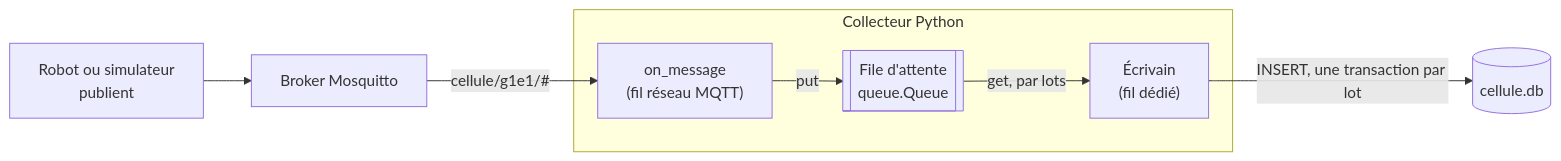
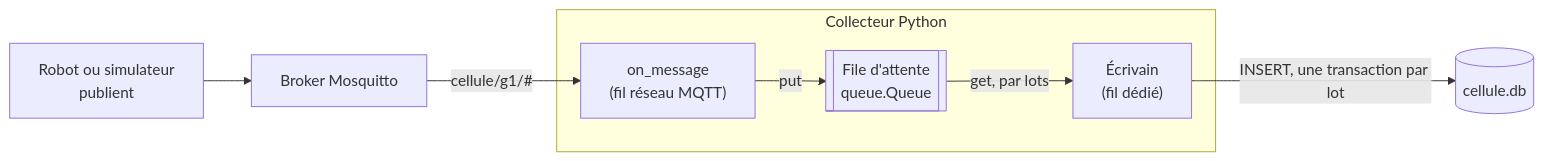
The second of 2 diagrams in cours/collecteur_MQTT.md (fabrice1618/niryo2), drawn with Mermaid before and after one commit. The commit also changed other lines of this file and 37 other files, not shown here.

````diff
--- a/cours/collecteur_MQTT.md
+++ b/cours/collecteur_MQTT.md
@@ -156,10 +156,10 @@
 ```mermaid
 flowchart LR
     P["Robot ou simulateur<br/>publient"] --> B["Broker Mosquitto"]
-    B -- "cellule/g1e1/#" --> CB
+    B -- "cellule/g1/#" --> CB
     subgraph COLL["Collecteur Python"]
         CB["on_message<br/>(fil réseau MQTT)"] -- "put" --> Q[["File d'attente<br/>queue.Queue"]]
         Q -- "get, par lots" --> W["Écrivain<br/>(fil dédié)"]
     end
     W -- "INSERT, une transaction par lot" --> DB[("cellule.db")]
 ```
````
